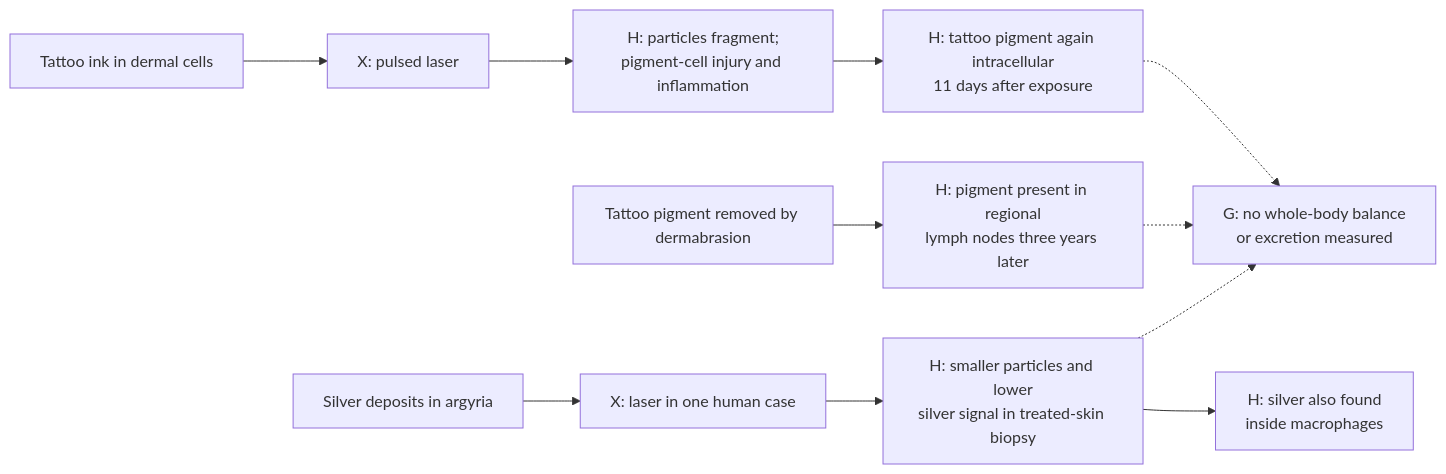
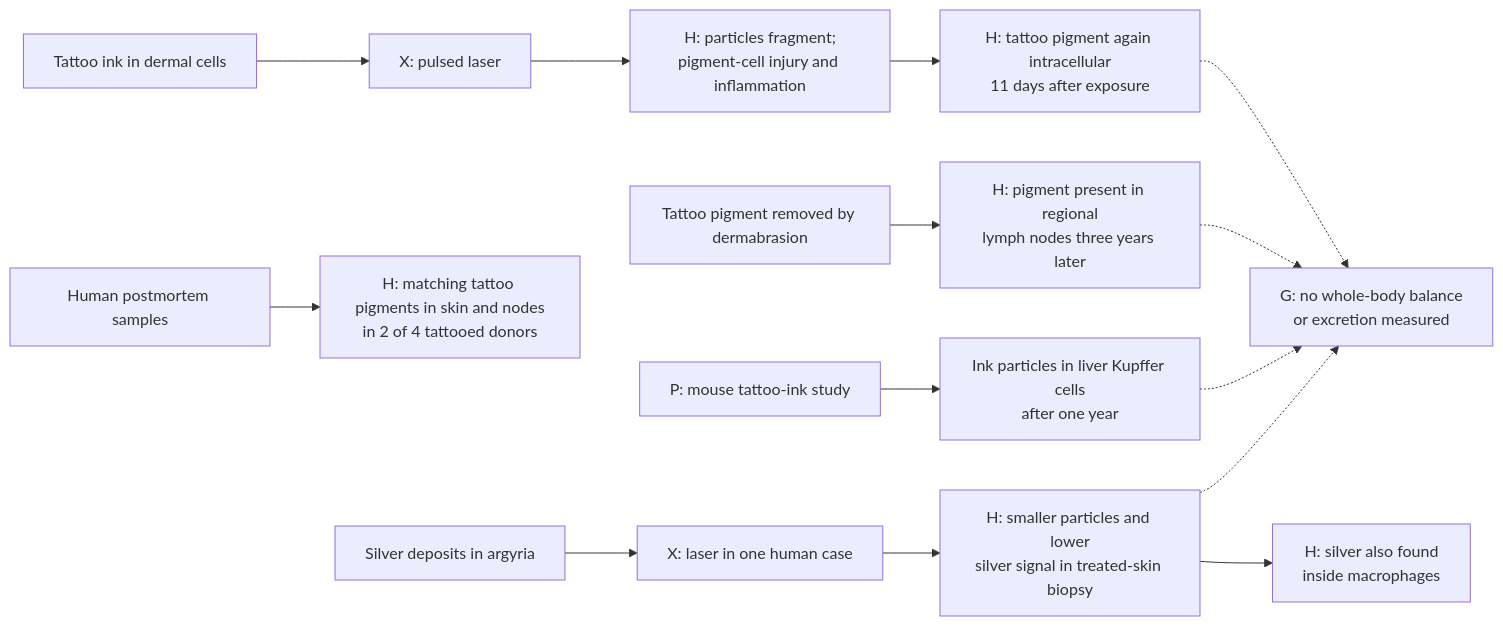
Before and after one commit to dylanstechmann/iris-color-without-contacts: the seventh of 16 diagrams in research/tissue-pigment-atlas.md, drawn with Mermaid. The commit also changed other lines of this file, not shown here.

Commit message:
Map tattoo pigment destinations across human and mouse evidence

````diff
--- a/research/tissue-pigment-atlas.md
+++ b/research/tissue-pigment-atlas.md
@@ -166,13 +167,16 @@
 ```mermaid
 flowchart LR
     T["Tattoo ink in dermal cells"] --> X["X: pulsed laser"]
     X --> F["H: particles fragment;<br/>pigment-cell injury and inflammation"]
     F --> R["H: tattoo pigment again intracellular<br/>11 days after exposure"]
     D["Tattoo pigment removed by dermabrasion"] --> N["H: pigment present in regional<br/>lymph nodes three years later"]
+    H["Human postmortem samples"] --> N2["H: matching tattoo pigments in skin and nodes<br/>in 2 of 4 tattooed donors"]
+    P["P: mouse tattoo-ink study"] --> L["Ink particles in liver Kupffer cells<br/>after one year"]
+    L -.-> G
     A["Silver deposits in argyria"] --> Y["X: laser in one human case"]
     Y --> S["H: smaller particles and lower<br/>silver signal in treated-skin biopsy"]
     S --> M["H: silver also found<br/>inside macrophages"]
     S -.-> G["G: no whole-body balance<br/>or excretion measured"]
     N -.-> G
     R -.-> G
 ```
````
